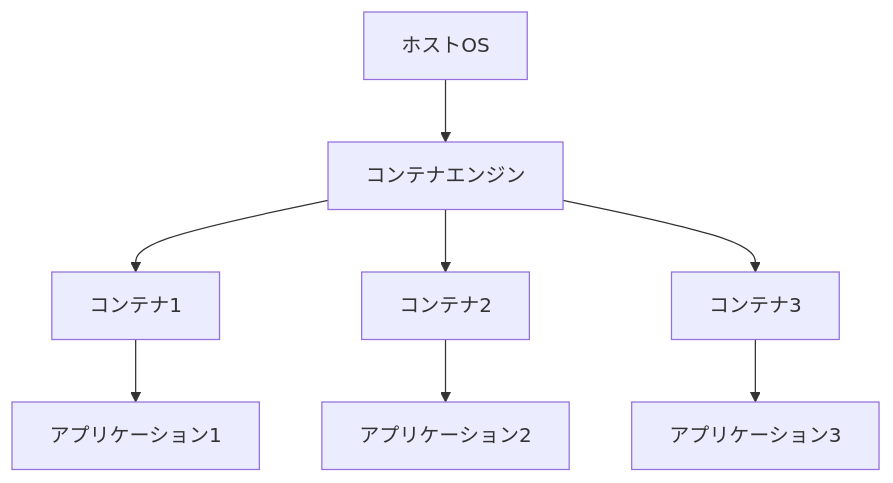
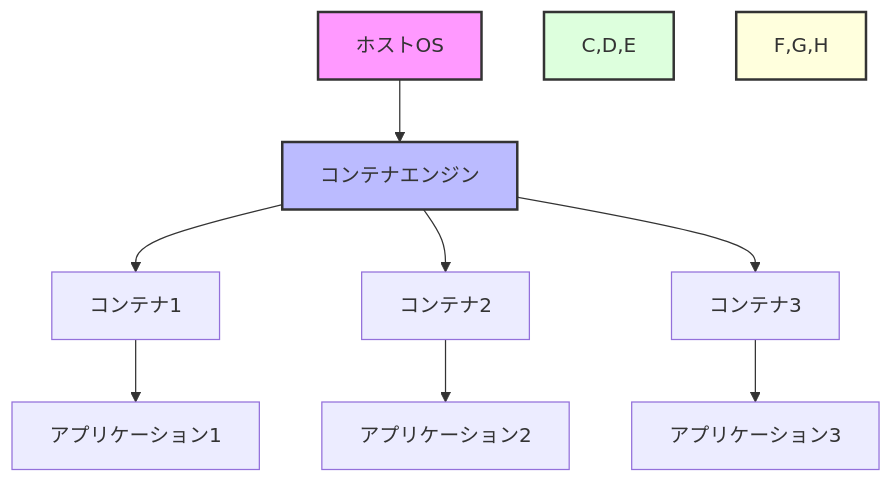
Before and after one commit to haruka-aibara/haruka-aibara: the diagram in docs/Kubernetes/02_コンテナ/02-01_コンテナの概要.md, drawn with Mermaid. The commit also changed other lines of this file and 37 other files, not shown here.

````diff
--- a/docs/Kubernetes/02_コンテナ/02-01_コンテナの概要.md
+++ b/docs/Kubernetes/02_コンテナ/02-01_コンテナの概要.md
@@ -27,10 +25,15 @@
 ```mermaid
 graph TD
     A[ホストOS] --> B[コンテナエンジン]
     B --> C[コンテナ1]
     B --> D[コンテナ2]
     B --> E[コンテナ3]
     C --> F[アプリケーション1]
     D --> G[アプリケーション2]
     E --> H[アプリケーション3]
+    
+    style A fill:#f9f,stroke:#333,stroke-width:2px
+    style B fill:#bbf,stroke:#333,stroke-width:2px
+    style C,D,E fill:#dfd,stroke:#333,stroke-width:2px
+    style F,G,H fill:#ffd,stroke:#333,stroke-width:2px
 ```
````
